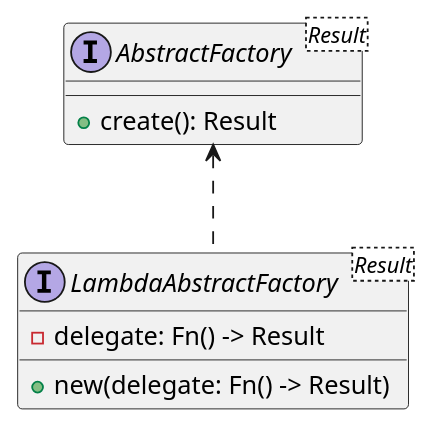
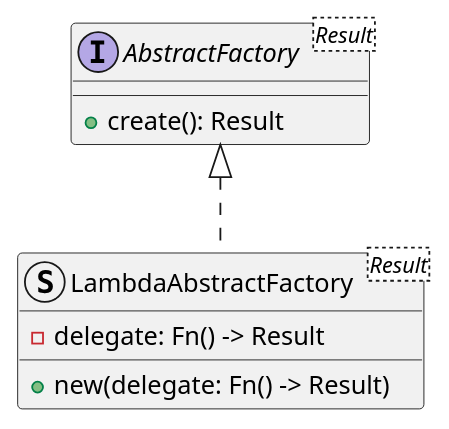
Before and after one commit to zwerdlds/roopes: the diagram in src/abstract_factory/abstract_factory.plantuml, drawn with PlantUML. The commit also changed 15 other files, not shown here.

```diff
--- a/src/abstract_factory/abstract_factory.plantuml
+++ b/src/abstract_factory/abstract_factory.plantuml
@@ -1,14 +1,14 @@
 @startuml "abstract_factory"
 
 interface "AbstractFactory" as fact<Result> {
     {method} + create(): Result
 }
 
-interface "LambdaAbstractFactory" as lbdfact<Result> {
+struct "LambdaAbstractFactory" as lbdfact<Result> {
     {field} - delegate: Fn() -> Result
     {method} + new(delegate: Fn() -> Result)
 }
 
-lbdfact .u.> fact
+lbdfact .u.|> fact
 
 @enduml
```
